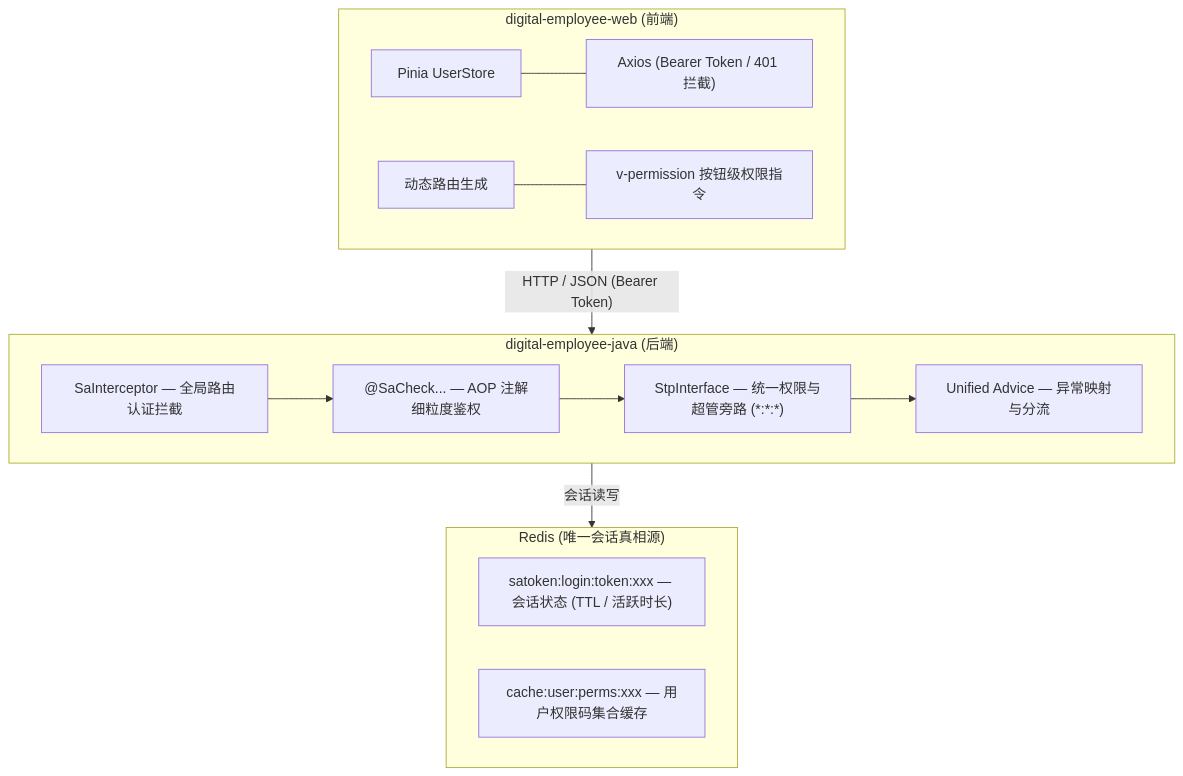
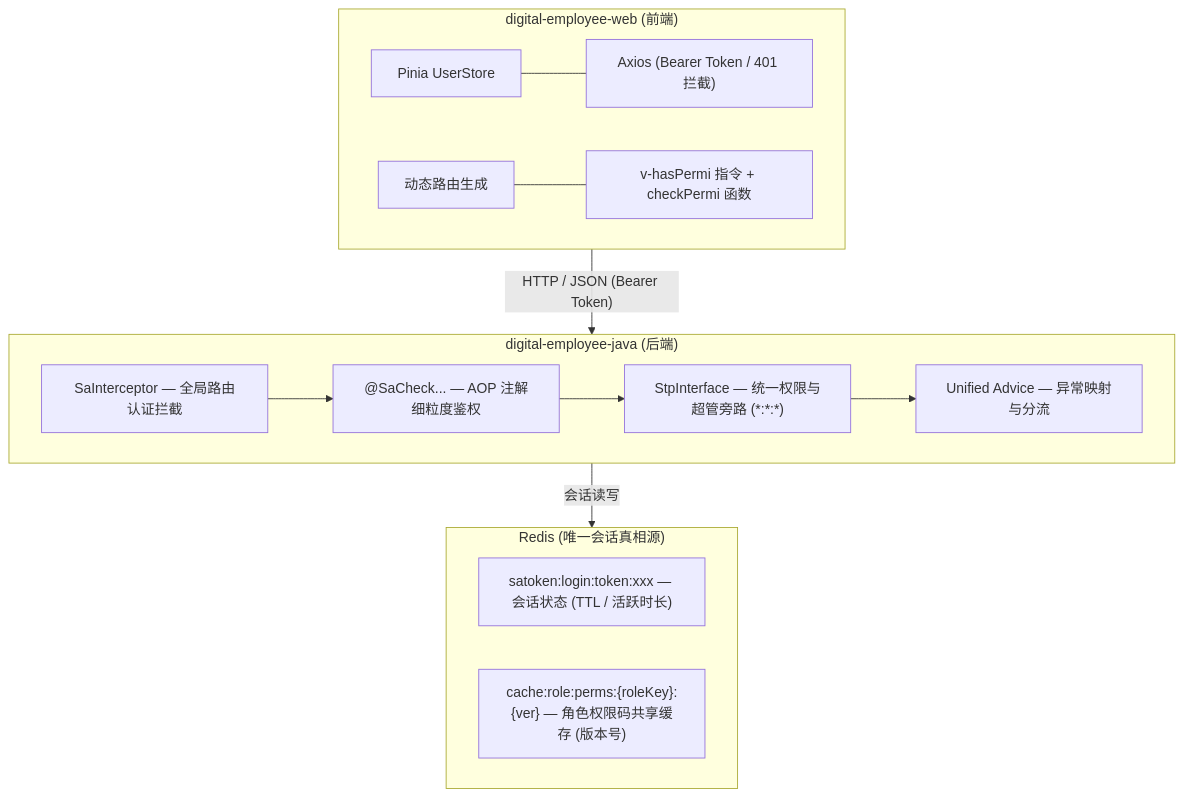
One commit to qsf0414/digital-employee-java changed the first of 4 diagrams in docs/RBAC架构.md. Above: the diagram before and after it, drawn with Mermaid. The commit also changed other lines of this file, not shown here.

````diff
--- a/docs/RBAC架构.md
+++ b/docs/RBAC架构.md
@@ -16,28 +16,28 @@
 ```mermaid
 graph TB
     subgraph Frontend ["digital-employee-web (前端)"]
         A1["Pinia UserStore"]
         A2["Axios (Bearer Token / 401 拦截)"]
         A3["动态路由生成"]
-        A4["v-permission 按钮级权限指令"]
+        A4["v-hasPermi 指令 + checkPermi 函数"]
         A1 --- A2
         A3 --- A4
     end
 
     subgraph Backend ["digital-employee-java (后端)"]
         B1["SaInterceptor — 全局路由认证拦截"]
         B2["@SaCheck... — AOP 注解细粒度鉴权"]
         B3["StpInterface — 统一权限与超管旁路 (*:*:*)"]
         B4["Unified Advice — 异常映射与分流"]
         B1 --> B2 --> B3
         B3 --> B4
     end
 
     subgraph Storage ["Redis (唯一会话真相源)"]
         C1["satoken:login:token:xxx — 会话状态 (TTL / 活跃时长)"]
-        C2["cache:user:perms:xxx — 用户权限码集合缓存"]
+        C2["cache:role:perms:{roleKey}:{ver} — 角色权限码共享缓存 (版本号)"]
     end
 
     Frontend -->|"HTTP / JSON (Bearer Token)"| Backend
     Backend -->|"会话读写"| Storage
 ```
````
